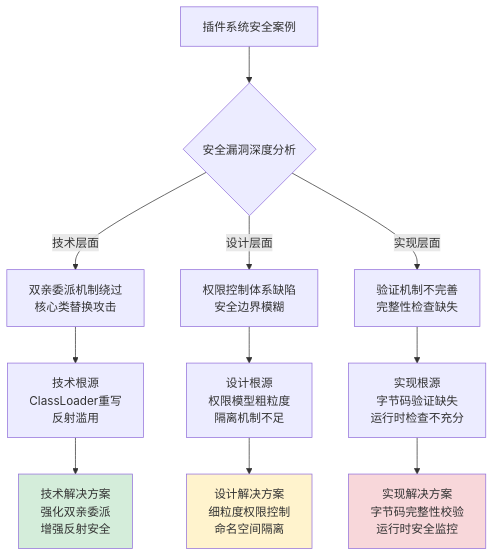
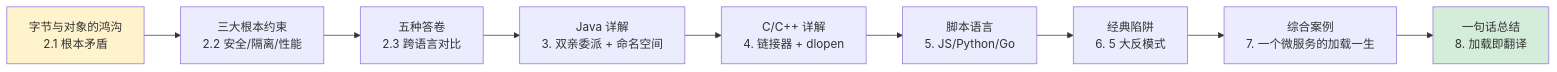
Before and after one commit to chongyang211/YCBookBlog: the second of 15 diagrams in docs/10.专栏/02.程序编程原理/03.运行时模型/01.类的加载核心原理.md, drawn with Mermaid. The commit also changed other lines of this file and 34 other files, not shown here.

````diff
--- a/docs/10.专栏/02.程序编程原理/03.运行时模型/01.类的加载核心原理.md
+++ b/docs/10.专栏/02.程序编程原理/03.运行时模型/01.类的加载核心原理.md
@@ -112,19 +217,13 @@
 ```mermaid
-graph TB
-    A[插件系统安全案例] --> B{安全漏洞深度分析}
-    B -->|技术层面| C[双亲委派机制绕过<br/>核心类替换攻击]
-    B -->|设计层面| D[权限控制体系缺陷<br/>安全边界模糊]
-    B -->|实现层面| E[验证机制不完善<br/>完整性检查缺失]
-    
-    C --> C1[技术根源<br/>ClassLoader重写<br/>反射滥用]
-    D --> D1[设计根源<br/>权限模型粗粒度<br/>隔离机制不足]
-    E --> E1[实现根源<br/>字节码验证缺失<br/>运行时检查不充分]
-    
-    C1 --> F[技术解决方案<br/>强化双亲委派<br/>增强反射安全]
-    D1 --> G[设计解决方案<br/>细粒度权限控制<br/>命名空间隔离]
-    E1 --> H[实现解决方案<br/>字节码完整性校验<br/>运行时安全监控]
-    
-    style F fill:#d4edda
-    style G fill:#fff3cd
-    style H fill:#f8d7da
+flowchart LR
+    A[字节与对象的鸿沟<br/>2.1 根本矛盾] --> B[三大根本约束<br/>2.2 安全/隔离/性能]
+    B --> C[五种答卷<br/>2.3 跨语言对比]
+    C --> D[Java 详解<br/>3. 双亲委派 + 命名空间]
+    D --> E[C/C++ 详解<br/>4. 链接器 + dlopen]
+    E --> F[脚本语言<br/>5. JS/Python/Go]
+    F --> G[经典陷阱<br/>6. 5 大反模式]
+    G --> H[综合案例<br/>7. 一个微服务的加载一生]
+    H --> I[一句话总结<br/>8. 加载即翻译]
+    style A fill:#fff3cd
+    style I fill:#d4edda
 ```
````
